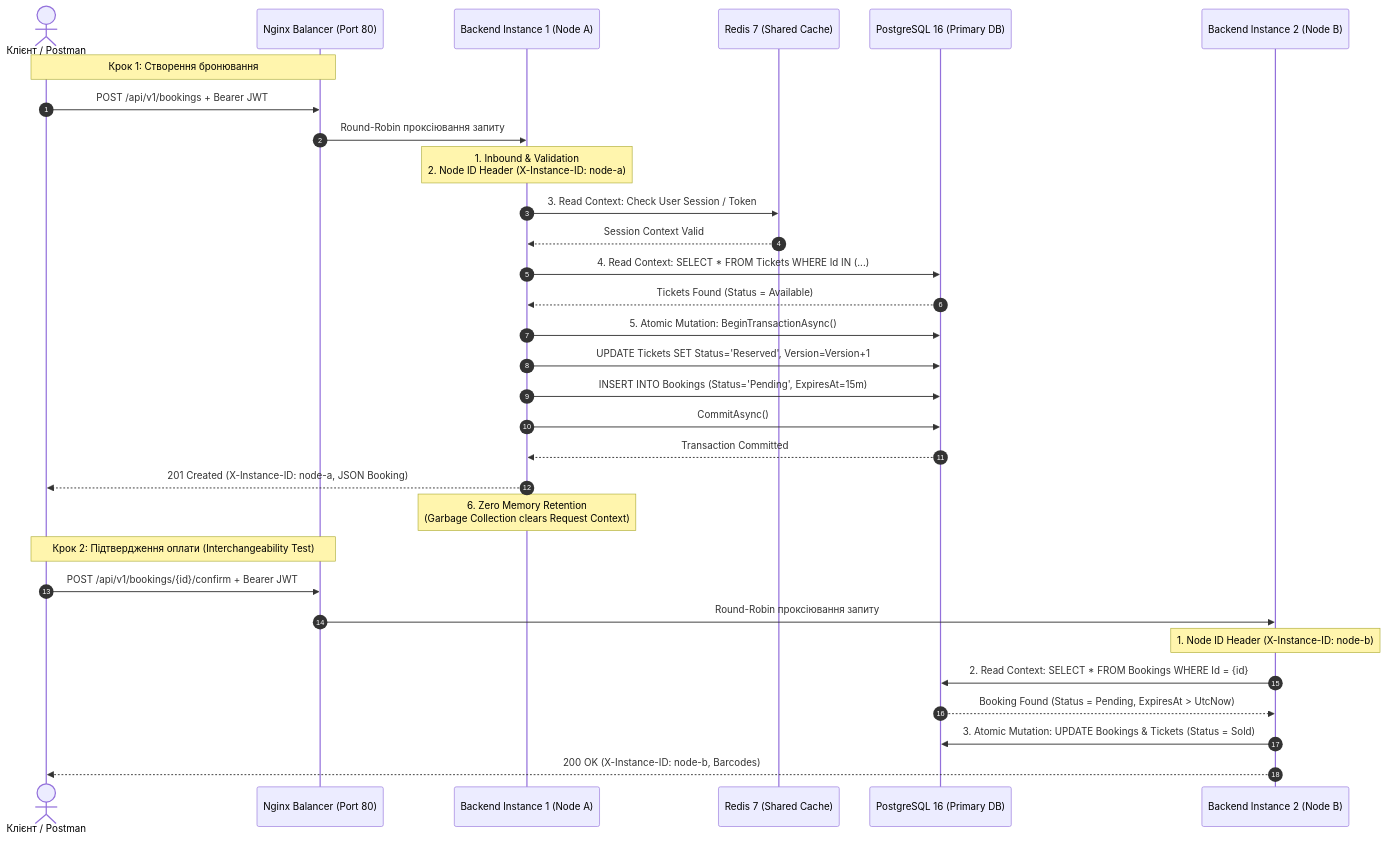
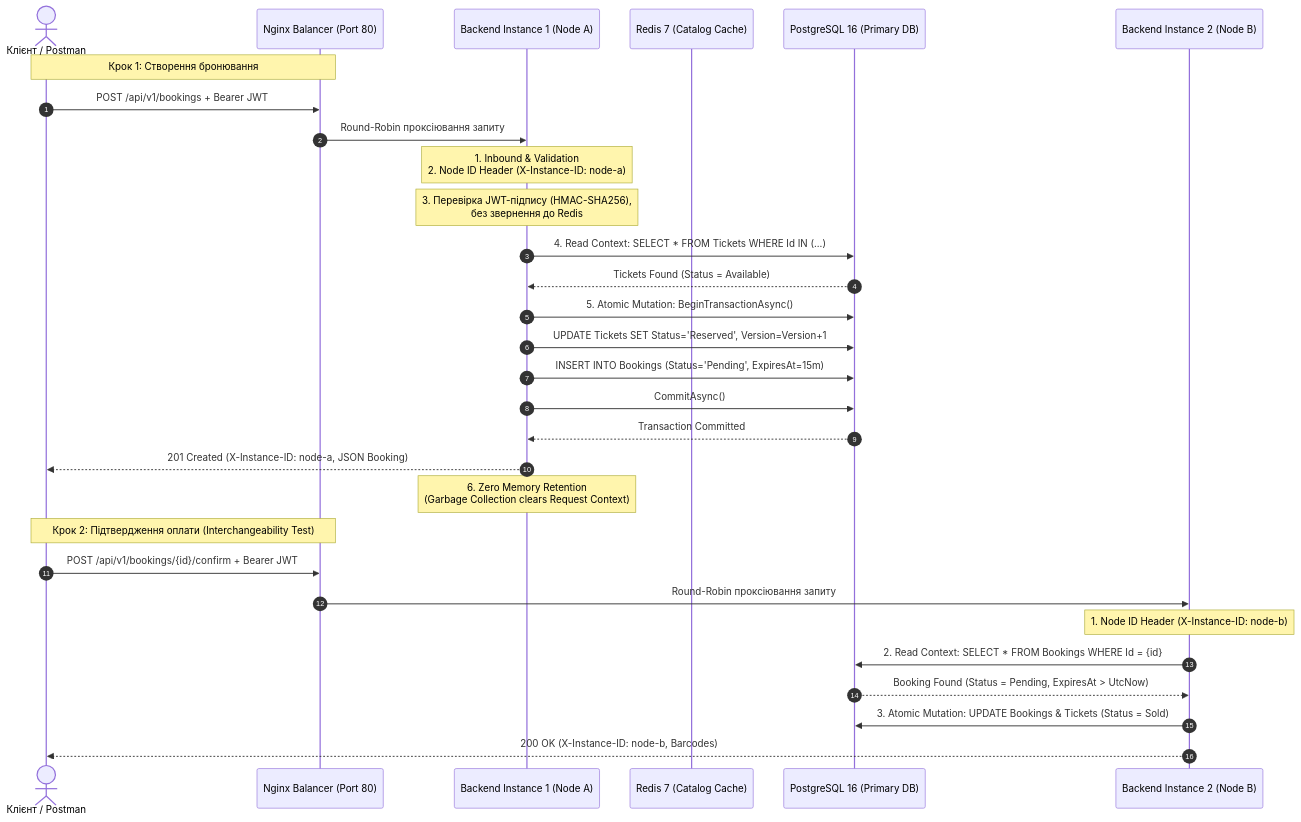
Before and after one commit to katushhiaa/ticket-booking-platform: the first of 3 diagrams in README.md, drawn with Mermaid. The commit also changed other lines of this file and 3 other files, not shown here.

First line of the commit message:
fix: real Redis catalog cache, README matches code, integration tests for events

````diff
--- a/README.md
+++ b/README.md
@@ -81,41 +81,40 @@
 ```mermaid
 sequenceDiagram
     autonumber
     actor Client as Клієнт / Postman
     participant Nginx as Nginx Balancer (Port 80)
     participant API1 as Backend Instance 1 (Node A)
-    participant Redis as Redis 7 (Shared Cache)
+    participant Redis as Redis 7 (Catalog Cache)
     participant Postgres as PostgreSQL 16 (Primary DB)
     participant API2 as Backend Instance 2 (Node B)
 
     Note over Client, Nginx: Крок 1: Створення бронювання
     Client->>Nginx: POST /api/v1/bookings + Bearer JWT
     Nginx->>API1: Round-Robin проксіювання запиту
 
     Note over API1: 1. Inbound & Validation<br/>2. Node ID Header (X-Instance-ID: node-a)
-    API1->>Redis: 3. Read Context: Check User Session / Token
-    Redis-->>API1: Session Context Valid
+    Note over API1: 3. Перевірка JWT-підпису (HMAC-SHA256),<br/>без звернення до Redis
 
     API1->>Postgres: 4. Read Context: SELECT * FROM Tickets WHERE Id IN (...)
     Postgres-->>API1: Tickets Found (Status = Available)
 
     API1->>Postgres: 5. Atomic Mutation: BeginTransactionAsync()
     API1->>Postgres: UPDATE Tickets SET Status='Reserved', Version=Version+1
     API1->>Postgres: INSERT INTO Bookings (Status='Pending', ExpiresAt=15m)
     API1->>Postgres: CommitAsync()
     Postgres-->>API1: Transaction Committed
 
     API1-->>Client: 201 Created (X-Instance-ID: node-a, JSON Booking)
     Note over API1: 6. Zero Memory Retention<br/>(Garbage Collection clears Request Context)
 
     Note over Client, Nginx: Крок 2: Підтвердження оплати (Interchangeability Test)
     Client->>Nginx: POST /api/v1/bookings/{id}/confirm + Bearer JWT
     Nginx->>API2: Round-Robin проксіювання запиту
 
     Note over API2: 1. Node ID Header (X-Instance-ID: node-b)
     API2->>Postgres: 2. Read Context: SELECT * FROM Bookings WHERE Id = {id}
     Postgres-->>API2: Booking Found (Status = Pending, ExpiresAt > UtcNow)
 
     API2->>Postgres: 3. Atomic Mutation: UPDATE Bookings & Tickets (Status = Sold)
     API2-->>Client: 200 OK (X-Instance-ID: node-b, Barcodes)
 ```
````
